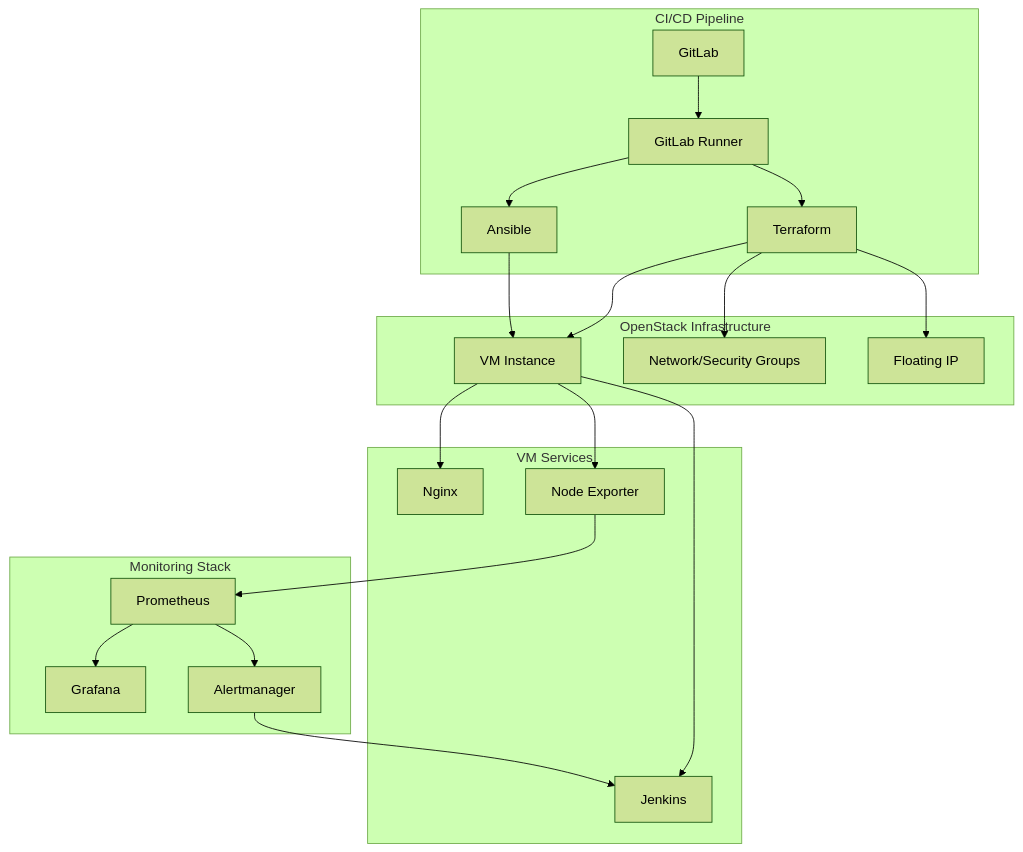
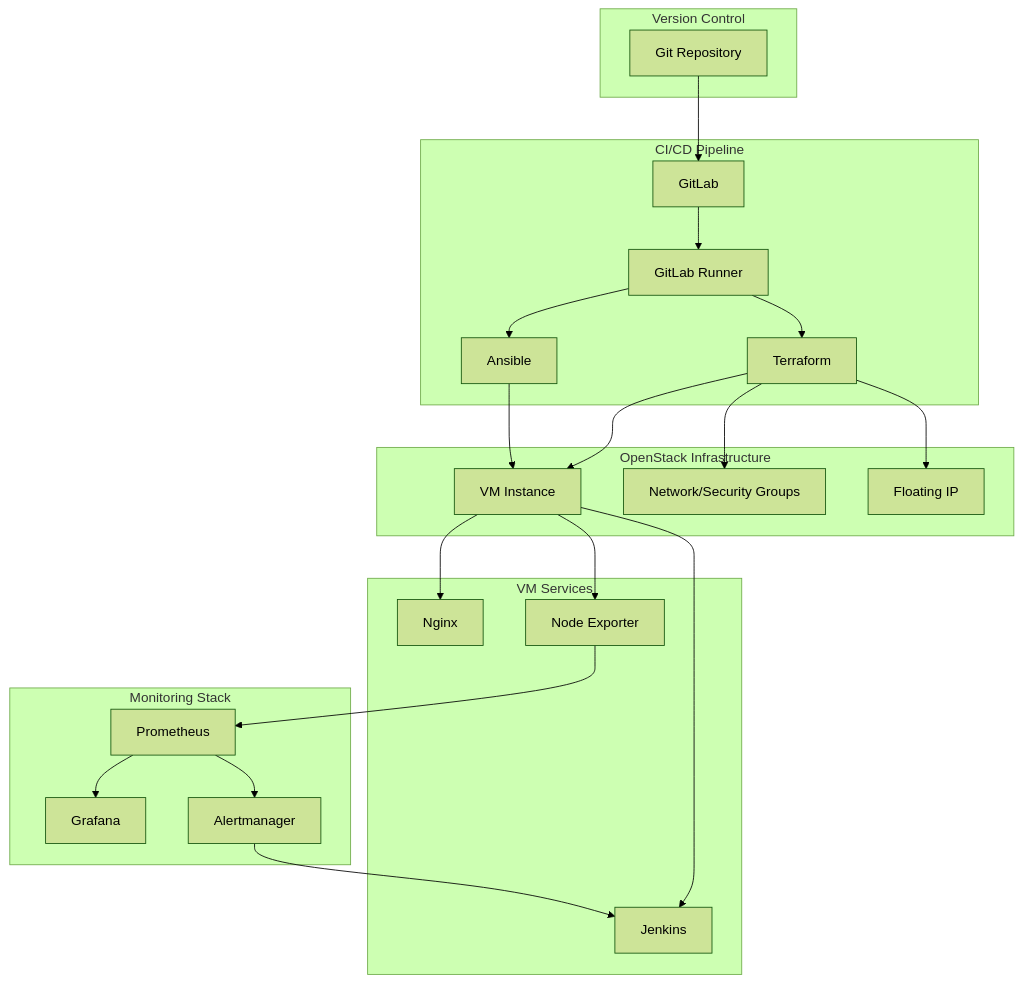
One commit to 4ubit-z/openstack-automation-system changed the diagram in README.md. Above: the diagram before and after it, drawn with Mermaid (forest theme). The commit also changed other lines of this file, not shown here.

````diff
--- a/README.md
+++ b/README.md
@@ -146,42 +153,47 @@
 ```mermaid
 graph TB
+    subgraph "Version Control"
+        GIT[Git Repository]
+    end
+    
     subgraph "OpenStack Infrastructure"
         VM[VM Instance]
         NET[Network/Security Groups]
         FIP[Floating IP]
     end
     
     subgraph "CI/CD Pipeline"
         GL[GitLab]
         GR[GitLab Runner]
         TF[Terraform]
         ANS[Ansible]
     end
     
     subgraph "VM Services"
         NGX[Nginx]
         JNK[Jenkins]
         NE[Node Exporter]
     end
     
     subgraph "Monitoring Stack"
         PROM[Prometheus]
         GRF[Grafana]
         AM[Alertmanager]
     end
     
+    GIT --> GL
     GL --> GR
     GR --> TF
     GR --> ANS
     TF --> VM
     TF --> NET
     TF --> FIP
     ANS --> VM
     VM --> NGX
     VM --> JNK
     VM --> NE
     NE --> PROM
     PROM --> GRF
     PROM --> AM
     AM --> JNK
 ```
````
